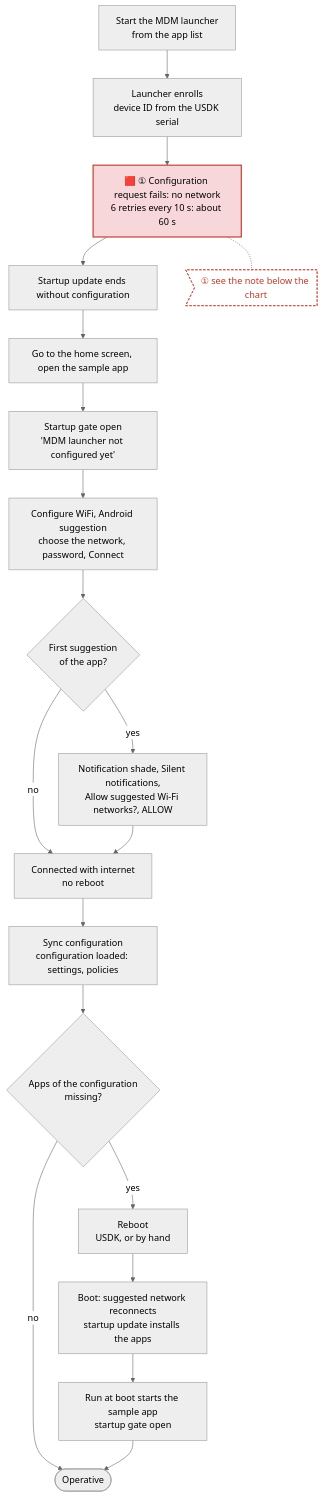
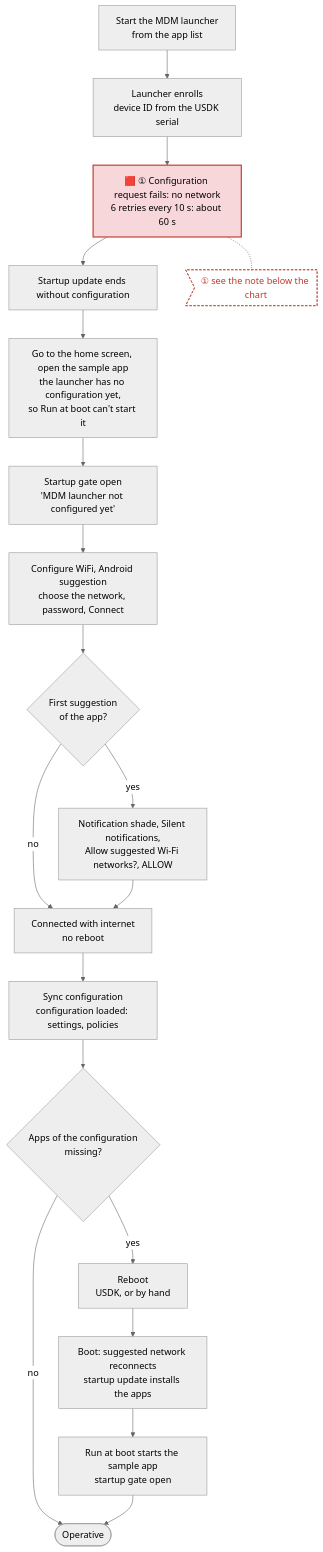
One commit to rch-fw/HmdmChangeDeviceNumber changed the third of 6 diagrams in docs/wifi-setup.md. Above: the diagram before and after it, drawn with Mermaid (neutral theme). The commit also changed other lines of this file, not shown here.

Commit message:
Docs: why the sample app is opened by hand in procedures 1 and 2
The launcher has no configuration yet, so Run at boot can't start it.

````diff
--- a/docs/wifi-setup.md
+++ b/docs/wifi-setup.md
@@ -196,25 +196,25 @@
 ```mermaid
 flowchart TD
     A[Start the MDM launcher<br/>from the app list] --> B[Launcher enrolls<br/>device ID from the USDK serial]
     B --> C[🟥 ① Configuration request fails: no network<br/>6 retries every 10 s: about 60 s]
     C --> D[Startup update ends without configuration]
-    D --> E[Go to the home screen, open the sample app]
+    D --> E[Go to the home screen, open the sample app<br/>the launcher has no configuration yet,<br/>so Run at boot can't start it]
     E --> F[Startup gate open<br/>'MDM launcher not configured yet']
     F --> G[Configure WiFi, Android suggestion<br/>choose the network, password, Connect]
     G --> H{First suggestion<br/>of the app?}
     H -- yes --> I[Notification shade, Silent notifications,<br/>Allow suggested Wi-Fi networks?, ALLOW]
     H -- no --> J
     I --> J[Connected with internet<br/>no reboot]
     J --> K[Sync configuration<br/>configuration loaded: settings, policies]
     K --> L{Apps of the configuration<br/>missing?}
     L -- no --> P([Operative])
     L -- yes --> M[Reboot<br/>USDK, or by hand]
     M --> N[Boot: suggested network reconnects<br/>startup update installs the apps]
     N --> O[Run at boot starts the sample app<br/>startup gate open]
     O --> P
     classDef delay60 fill:#f8d7da,stroke:#c0392b,stroke-width:2px,color:#000
     class C delay60
     C -.- N1>"① see the note below the chart"]
     class N1 note60
     classDef note60 fill:#fff,stroke:#c0392b,stroke-dasharray:4 3,color:#c0392b
 ```
````
